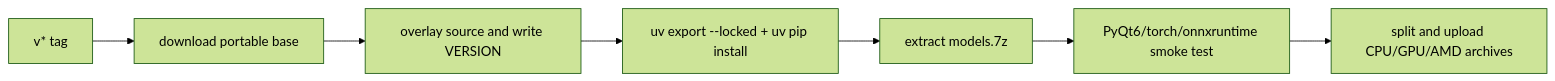
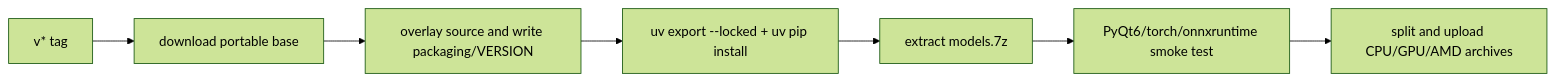
One commit to hgmzhn/manga-translator-ui changed the first of 2 diagrams in doc/wiki/en/developer/packaging-and-release.md. Above: the diagram before and after it, drawn with Mermaid (forest theme). The commit also changed other lines of this file and 6 other files, not shown here.

Commit message:
fix: unify update version source

````diff
--- a/doc/wiki/en/developer/packaging-and-release.md
+++ b/doc/wiki/en/developer/packaging-and-release.md
@@ -61,9 +61,9 @@
 ```mermaid
 flowchart LR
     T["v* tag"] --> B["download portable base"]
-    B --> S["overlay source and write VERSION"]
+    B --> S["overlay source and write packaging/VERSION"]
     S --> D["uv export --locked + uv pip install"]
     D --> M["extract models.7z"]
     M --> Q["PyQt6/torch/onnxruntime smoke test"]
     Q --> Z["split and upload CPU/GPU/AMD archives"]
 ```
````
